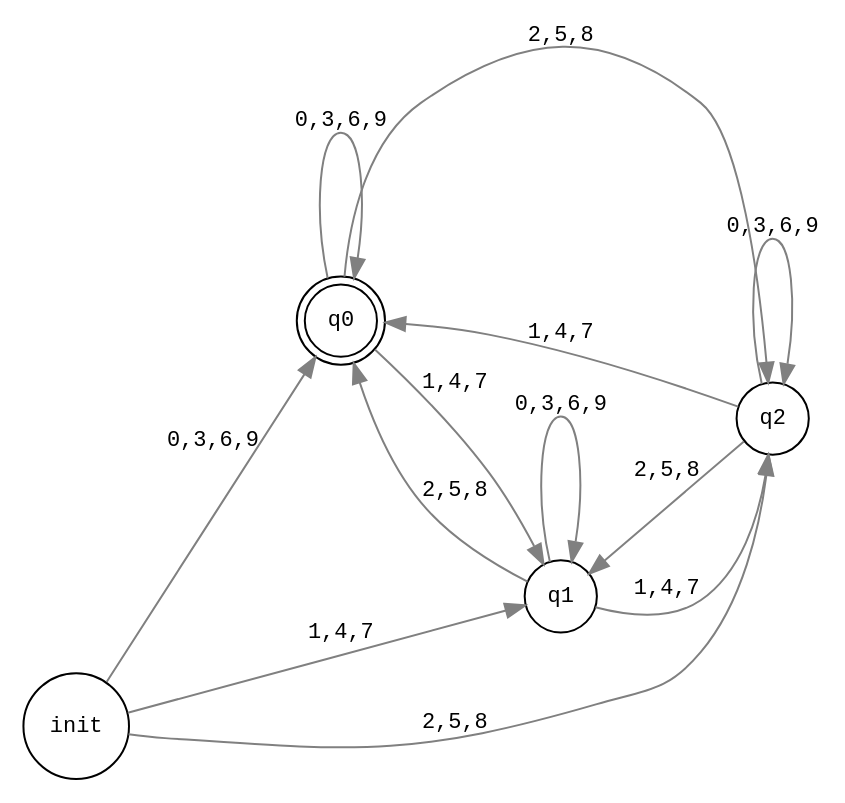
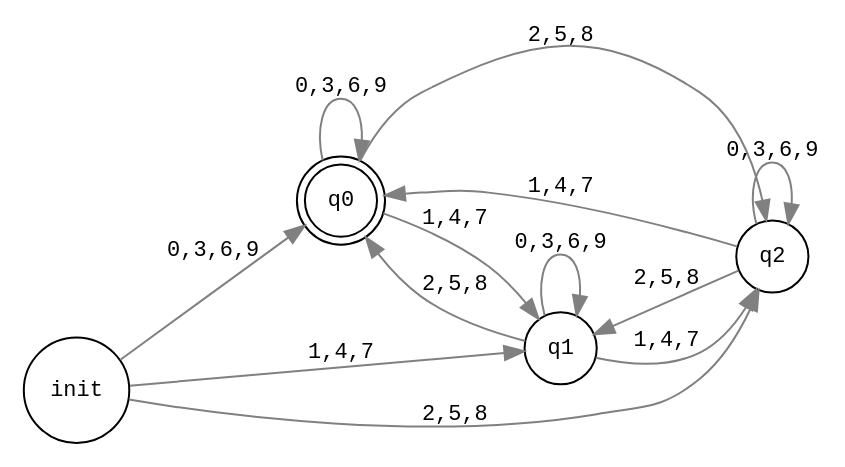
The diagram in div3.dot (arpitbbhayani/fsm), drawn with Graphviz before and after one commit.

Commit message:
size fix.

```diff
--- a/div3.dot
+++ b/div3.dot
@@ -1,27 +1,27 @@
 digraph G {
-    graph [rankdir=LR labelfontcolor=red fontname="monospace" nodesep=1.0 size="7.75,10.25"]
+    graph [rankdir=LR labelfontcolor=red fontname="monospace" nodesep=0.4 size="7.75,10.25"]
     node [fontname="monospace" fontsize=11]
     edge [fontname="monospace" color="grey" fontsize=11]
     
     -1 [label="init" shape="circle"]
     0 [label="q0" shape="doublecircle"]
     1 [label="q1" shape="circle"]
     2 [label="q2" shape="circle"]
     
     
     -1 -> 0 [label="0,3,6,9"]
     -1 -> 1 [label="1,4,7"]
     -1 -> 2 [label="2,5,8"]
     
     0 -> 0 [label="0,3,6,9"]
     0 -> 1 [label="1,4,7"]
     0 -> 2 [label="2,5,8"]
     
     1 -> 1 [label="0,3,6,9"]
     1 -> 2 [label="1,4,7"]
     1 -> 0 [label="2,5,8"]
     
     2 -> 2 [label="0,3,6,9"]
     2 -> 0 [label="1,4,7"]
     2 -> 1 [label="2,5,8"]
 }
```
